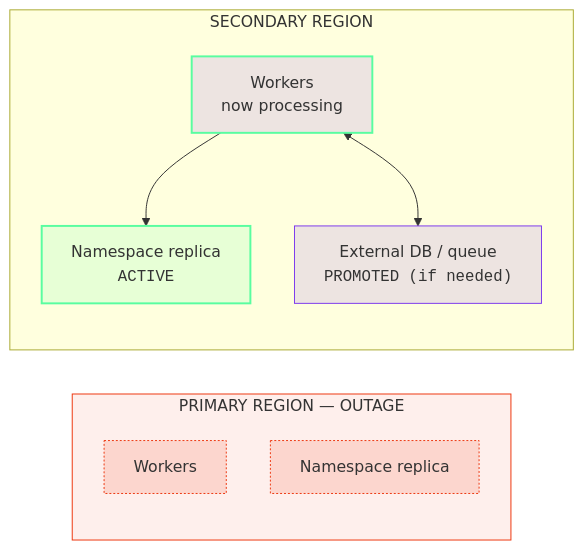
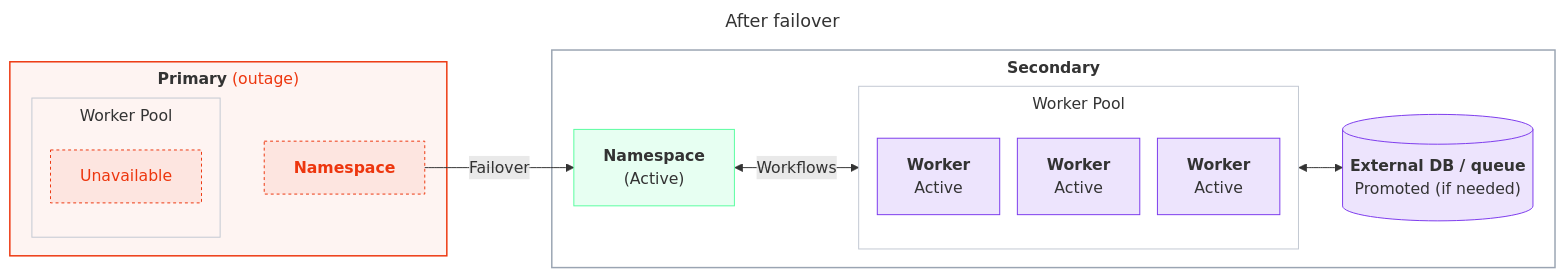
One commit to temporalio/documentation changed the tenth of 14 diagrams in docs/cloud/high-availability/deployment-patterns.mdx. Above: the diagram before and after it, drawn with Mermaid. The commit also changed other lines of this file and 3 other files, not shown here.

````diff
--- a/docs/cloud/high-availability/deployment-patterns.mdx
+++ b/docs/cloud/high-availability/deployment-patterns.mdx
@@ -216,22 +440,36 @@
 ```mermaid
-%%{init: {'themeVariables':{'fontFamily':'Inter, ui-sans-serif, system-ui, sans-serif'},'flowchart':{'nodeSpacing':45,'rankSpacing':70,'curve':'basis'}}}%%
+---
+title: After failover
+---
+%%{init: {'themeVariables':{'fontFamily':'Inter, ui-sans-serif, system-ui, sans-serif'},'flowchart':{'nodeSpacing':18,'rankSpacing':45,'curve':'basis','subGraphTitleMargin':{'top':6,'bottom':12}}}}%%
 flowchart LR
-  classDef tcloud fill:#59FDA024,stroke:#59FDA0,stroke-width:2px;
-  classDef wactive fill:#7C3AED22,stroke:#59FDA0,stroke-width:2px;
-  classDef ext fill:#7C3AED22,stroke:#7C3AED,stroke-width:1px;
-  classDef down fill:#ED360E22,stroke:#ED360E,stroke-width:1px,stroke-dasharray:2 2;
-  subgraph P["PRIMARY REGION — OUTAGE"]
-    direction TB
-    W1["Workers"]:::down
-    R1["Namespace replica"]:::down
-  end
-  subgraph S["SECONDARY REGION"]
-    direction TB
-    W2["Workers<br/>now processing"]:::wactive
-    DB2["External DB / queue<br/><samp>PROMOTED (if needed)</samp>"]:::ext
-    R2["Namespace replica<br/><samp>ACTIVE</samp>"]:::tcloud
-  end
-  W2 --> R2
-  W2 <--> DB2
-  style P fill:#ED360E14,stroke:#ED360E
+    classDef worker fill:#7C3AED22,stroke:#7C3AED,stroke-width:1px;
+    classDef ns fill:#59FDA024,stroke:#59FDA0,stroke-width:1px;
+    classDef ext fill:#7C3AED22,stroke:#7C3AED,stroke-width:1px;
+    classDef down fill:#ED360E14,stroke:#ED360E,stroke-width:1px,stroke-dasharray:3 3,color:#ED360E;
+    classDef region fill:transparent,stroke:#9aa4b2,stroke-width:1.5px;
+    classDef regiondown fill:#ED360E0D,stroke:#ED360E,stroke-width:1.5px;
+    classDef pool fill:transparent,stroke:#c2c8d2,stroke-width:1px;
+    subgraph DHFPRI["<b>Primary</b> <span style='color:#ED360E'>(outage)</span>"]
+      subgraph DHFWP["Worker Pool"]
+        DHFW1["Unavailable"]:::down
+      end
+      DHFNS["<b>Namespace</b>"]:::down
+      DHFWP ~~~ DHFNS
+    end
+    subgraph DHFSEC["<b>Secondary</b>"]
+      DHFN["<b>Namespace</b><br/>(Active)"]:::ns
+      subgraph DHFSP["Worker Pool"]
+        DHFSW1["<b>Worker</b><br/>Active"]:::worker
+        DHFSW2["<b>Worker</b><br/>Active"]:::worker
+        DHFSW3["<b>Worker</b><br/>Active"]:::worker
+      end
+      DHFDB2[("<b>External DB / queue</b><br/>Promoted (if needed)")]:::ext
+      DHFN <-->|Workflows| DHFSP
+      DHFSP <--> DHFDB2
+    end
+    DHFNS -->|"Failover"| DHFN
+    class DHFPRI regiondown
+    class DHFSEC region
+    class DHFWP,DHFSP pool
 ```
````
